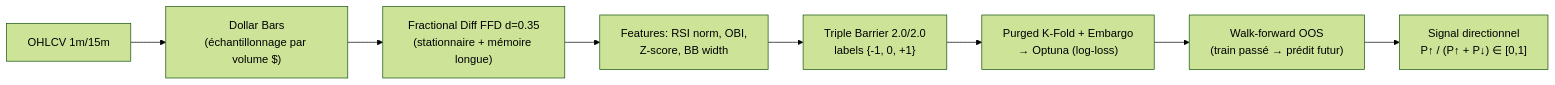
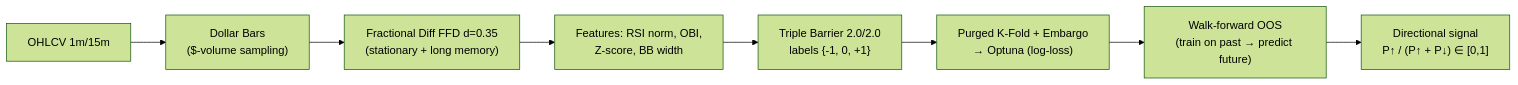
One commit to Kevzi/ApexQuant changed the second of 2 diagrams in README.md. Above: the diagram before and after it, drawn with Mermaid (forest theme). The commit also changed other lines of this file, not shown here.

````diff
--- a/README.md
+++ b/README.md
@@ -113,10 +113,10 @@
 ```mermaid
 flowchart LR
-    A[OHLCV 1m/15m] --> B["Dollar Bars<br/>(échantillonnage par volume $)"]
-    B --> C["Fractional Diff FFD d=0.35<br/>(stationnaire + mémoire longue)"]
+    A[OHLCV 1m/15m] --> B["Dollar Bars<br/>($-volume sampling)"]
+    B --> C["Fractional Diff FFD d=0.35<br/>(stationary + long memory)"]
     C --> D["Features: RSI norm, OBI,<br/>Z-score, BB width"]
     D --> E["Triple Barrier 2.0/2.0<br/>labels {-1, 0, +1}"]
     E --> F["Purged K-Fold + Embargo<br/>→ Optuna (log-loss)"]
-    F --> G["Walk-forward OOS<br/>(train passé → prédit futur)"]
-    G --> H["Signal directionnel<br/>P↑ / (P↑ + P↓) ∈ [0,1]"]
+    F --> G["Walk-forward OOS<br/>(train on past → predict future)"]
+    G --> H["Directional signal<br/>P↑ / (P↑ + P↓) ∈ [0,1]"]
 ```
````
